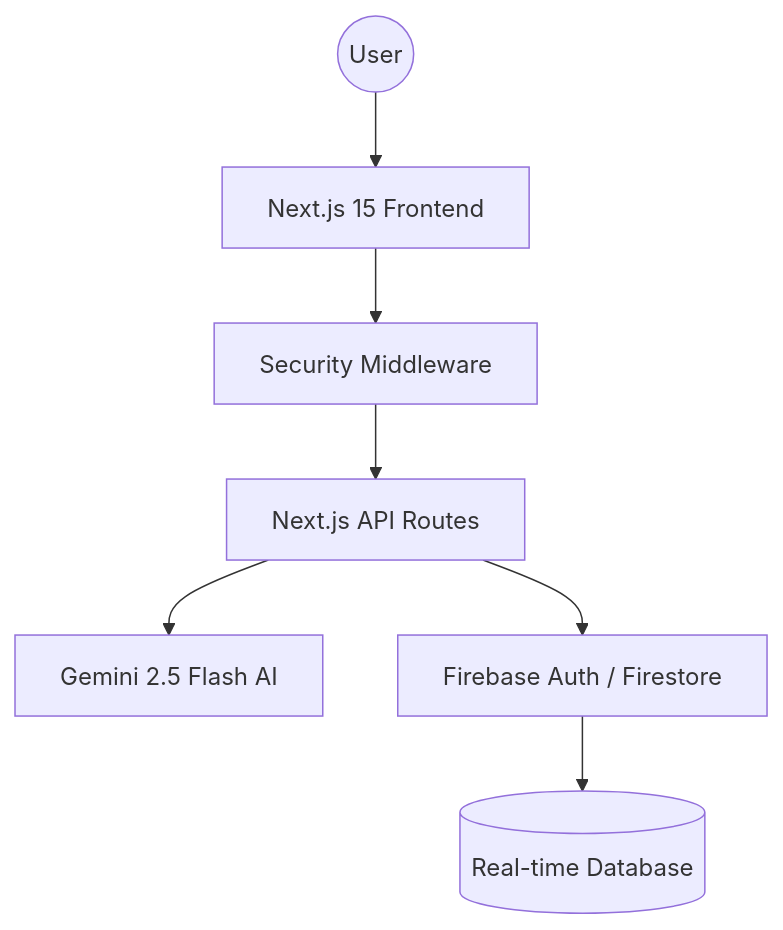
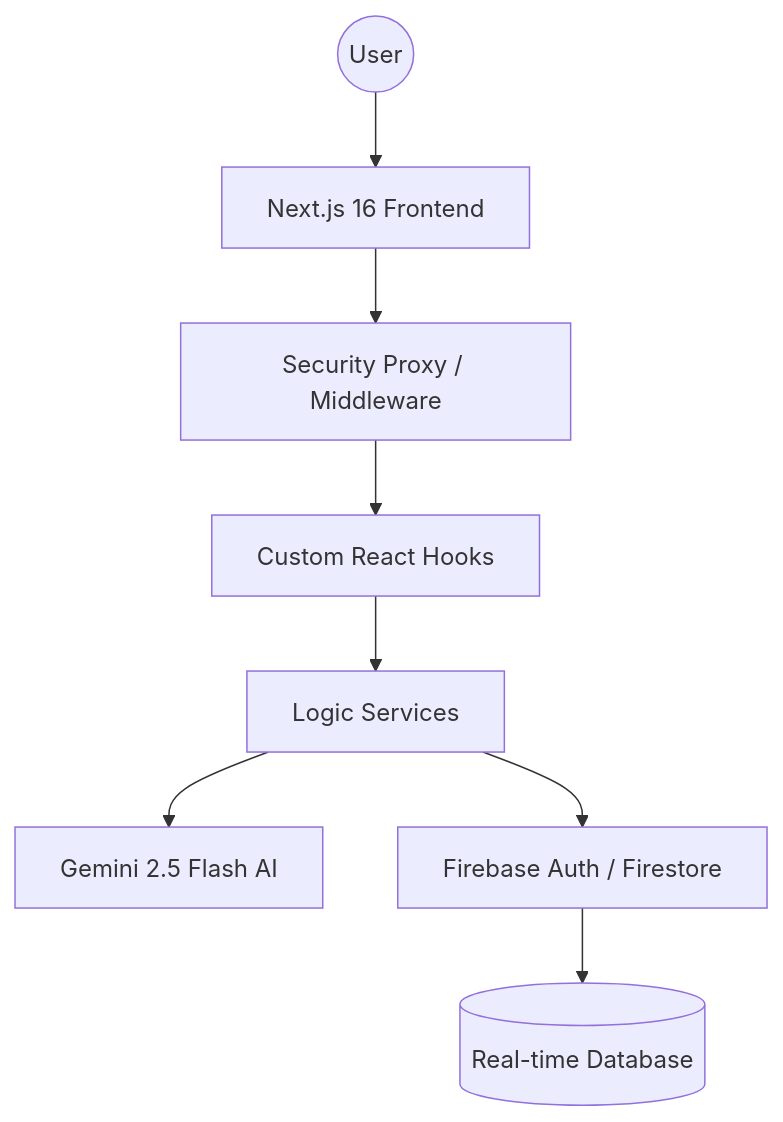
One commit to dipmukherjee4321/AI-Powered-Election-Process-Education-Assistant changed the diagram in README.md. Above: the diagram before and after it, drawn with Mermaid. The commit also changed other lines of this file and 1 other file, not shown here.

Commit message:
🚀 FINAL: README optimized with Live Demo and Clean Architecture details

````diff
--- a/README.md
+++ b/README.md
@@ -34,9 +39,10 @@
 ```mermaid
 graph TD
-    User((User)) --> NextJS[Next.js 15 Frontend]
-    NextJS --> Middleware[Security Middleware]
-    Middleware --> API[Next.js API Routes]
-    API --> Gemini[Gemini 2.5 Flash AI]
-    API --> Firebase[Firebase Auth / Firestore]
+    User((User)) --> NextJS[Next.js 16 Frontend]
+    NextJS --> Proxy[Security Proxy / Middleware]
+    Proxy --> Hooks[Custom React Hooks]
+    Hooks --> Services[Logic Services]
+    Services --> Gemini[Gemini 2.5 Flash AI]
+    Services --> Firebase[Firebase Auth / Firestore]
     Firebase --> DB[(Real-time Database)]
 ```
````
